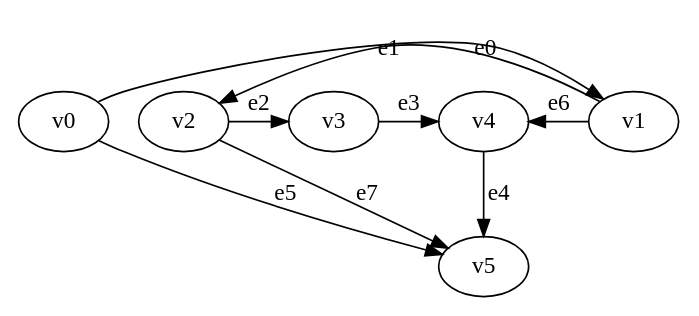
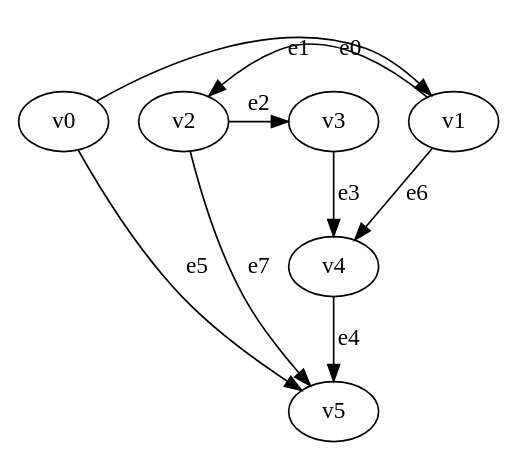
The diagram in input-files/complex_temporal_game.dot (petejaustin/temporis), drawn with Graphviz before and after one commit. The commit also changed 8 other files, not shown here.

```diff
--- a/input-files/complex_temporal_game.dot
+++ b/input-files/complex_temporal_game.dot
@@ -1,19 +1,19 @@
 digraph complex_temporal_game {
     // More complex 2-player game with various constraint types
     v0 [name="v0", player=0];
     v1 [name="v1", player=1];
     v2 [name="v2", player=0];
     v3 [name="v3", player=1];
     v4 [name="v4", player=0];
     v5 [name="v5", player=1];
     
     // Various Presburger constraint patterns
-    v0 -> v1 [label="e0", constraint="t >= 1"];           // Active from time 1
-    v1 -> v2 [label="e1", constraint="t = 2"];            // Active only at time 2
-    v2 -> v3 [label="e2", constraint="t <= 4"];           // Active until time 4
-    v3 -> v4 [label="e3", constraint="t >= 3"];           // Active from time 3
+    v0 -> v1 [label="e0", constraint="time >= 1"];           // Active from time 1
+    v1 -> v2 [label="e1", constraint="time <= 5"];           // Active until time 5
+    v2 -> v3 [label="e2", constraint="time = 3"];            // Active only at time 3
+    v3 -> v4 [label="e3"];                                // Always active (no constraint)
     v4 -> v5 [label="e4"];                                // Always active
-    v0 -> v5 [label="e5", constraint="t = 0"];            // Active only at time 0
-    v1 -> v4 [label="e6", constraint="t >= 2"];           // Active from time 2
-    v2 -> v5 [label="e7", constraint="t <= 3"];           // Active until time 3
+    v0 -> v5 [label="e5", constraint="time = 0"];            // Active only at time 0
+    v1 -> v4 [label="e6", constraint="time >= 2"];           // Active from time 2
+    v2 -> v5 [label="e7", constraint="time <= 3"];           // Active until time 3
 }
```
